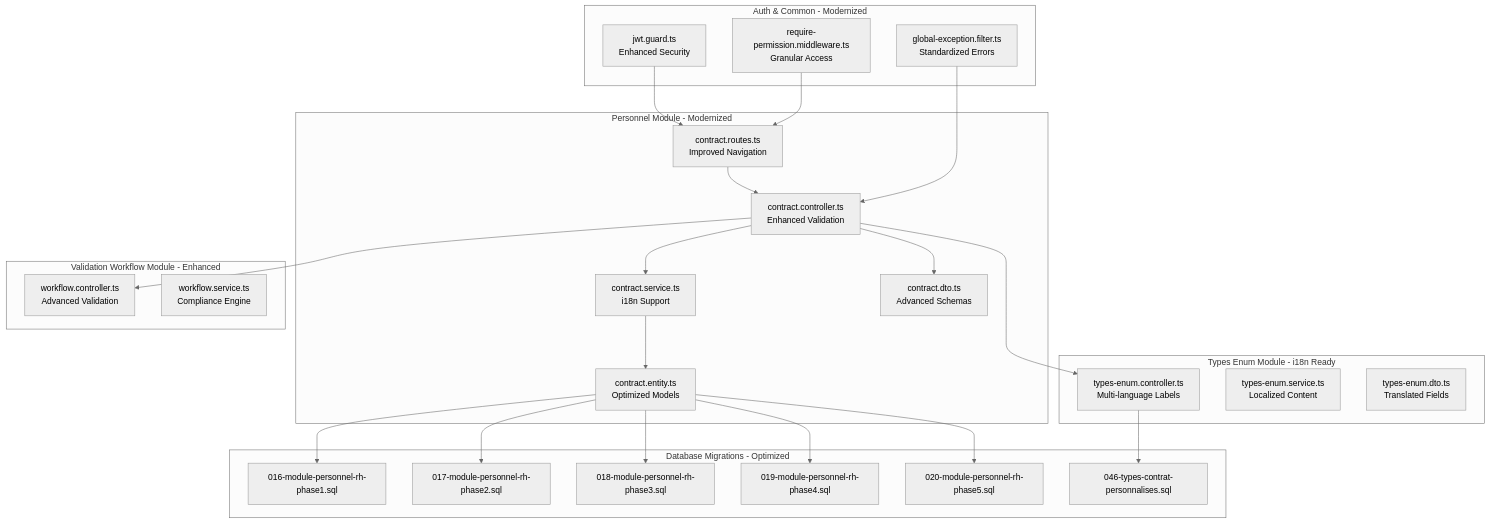
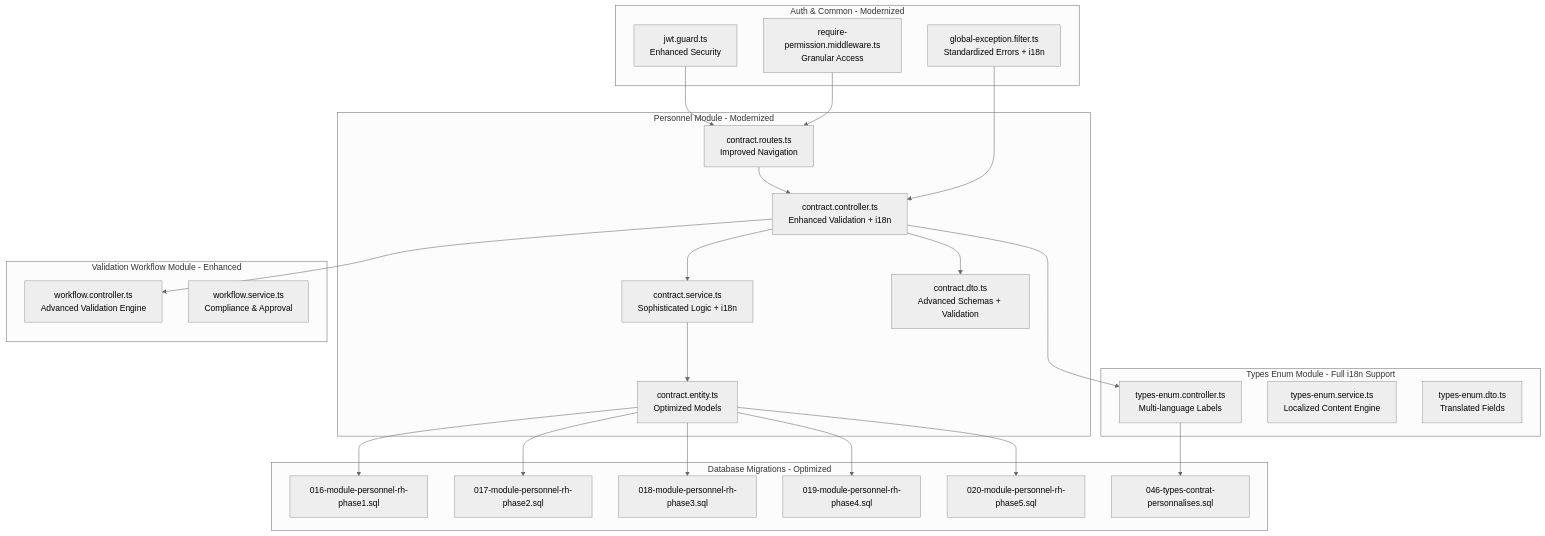
One commit to franckylab/eLISAschool changed the first of 5 diagrams in .qoder/repowiki/en/content/API Reference/Human Resources API/Personnel Administration API/Contract Management API.md. Above: the diagram before and after it, drawn with Mermaid (neutral theme). The commit also changed other lines of this file and 78 other files, not shown here.

````diff
--- a/.qoder/repowiki/en/content/API Reference/Human Resources API/Personnel Administration API/Contract Management API.md
+++ b/.qoder/repowiki/en/content/API Reference/Human Resources API/Personnel Administration API/Contract Management API.md
@@ -66,47 +67,47 @@
 ```mermaid
 graph TB
 subgraph "Personnel Module - Modernized"
-CCtrl["contract.controller.ts<br/>Enhanced Validation"]
-CSvc["contract.service.ts<br/>i18n Support"]
-CDTO["contract.dto.ts<br/>Advanced Schemas"]
+CCtrl["contract.controller.ts<br/>Enhanced Validation + i18n"]
+CSvc["contract.service.ts<br/>Sophisticated Logic + i18n"]
+CDTO["contract.dto.ts<br/>Advanced Schemas + Validation"]
 CEnt["contract.entity.ts<br/>Optimized Models"]
 CRoutes["contract.routes.ts<br/>Improved Navigation"]
 end
-subgraph "Types Enum Module - i18n Ready"
+subgraph "Types Enum Module - Full i18n Support"
 TCtrl["types-enum.controller.ts<br/>Multi-language Labels"]
-TSvc["types-enum.service.ts<br/>Localized Content"]
+TSvc["types-enum.service.ts<br/>Localized Content Engine"]
 TDTO["types-enum.dto.ts<br/>Translated Fields"]
 end
 subgraph "Validation Workflow Module - Enhanced"
-WCtrl["workflow.controller.ts<br/>Advanced Validation"]
-WSvc["workflow.service.ts<br/>Compliance Engine"]
+WCtrl["workflow.controller.ts<br/>Advanced Validation Engine"]
+WSvc["workflow.service.ts<br/>Compliance & Approval"]
 end
 subgraph "Auth & Common - Modernized"
 JGuard["jwt.guard.ts<br/>Enhanced Security"]
 PermMW["require-permission.middleware.ts<br/>Granular Access"]
-GFilter["global-exception.filter.ts<br/>Standardized Errors"]
+GFilter["global-exception.filter.ts<br/>Standardized Errors + i18n"]
 end
 subgraph "Database Migrations - Optimized"
 M16["016-module-personnel-rh-phase1.sql"]
 M17["017-module-personnel-rh-phase2.sql"]
 M18["018-module-personnel-rh-phase3.sql"]
 M19["019-module-personnel-rh-phase4.sql"]
 M20["020-module-personnel-rh-phase5.sql"]
 M46["046-types-contrat-personnalises.sql"]
 end
 CRoutes --> CCtrl
 CCtrl --> CSvc
 CSvc --> CEnt
 CCtrl --> CDTO
 CCtrl --> TCtrl
 CCtrl --> WCtrl
 JGuard --> CRoutes
 PermMW --> CRoutes
 GFilter --> CCtrl
 CEnt --> M16
 CEnt --> M17
 CEnt --> M18
 CEnt --> M19
 CEnt --> M20
 TCtrl --> M46
 ```
````
